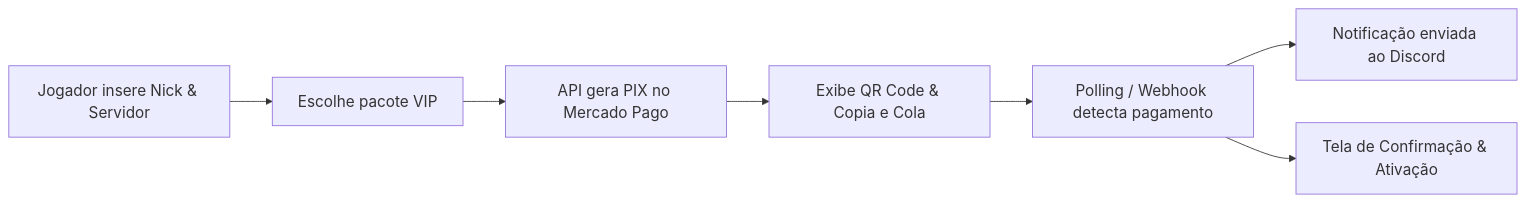
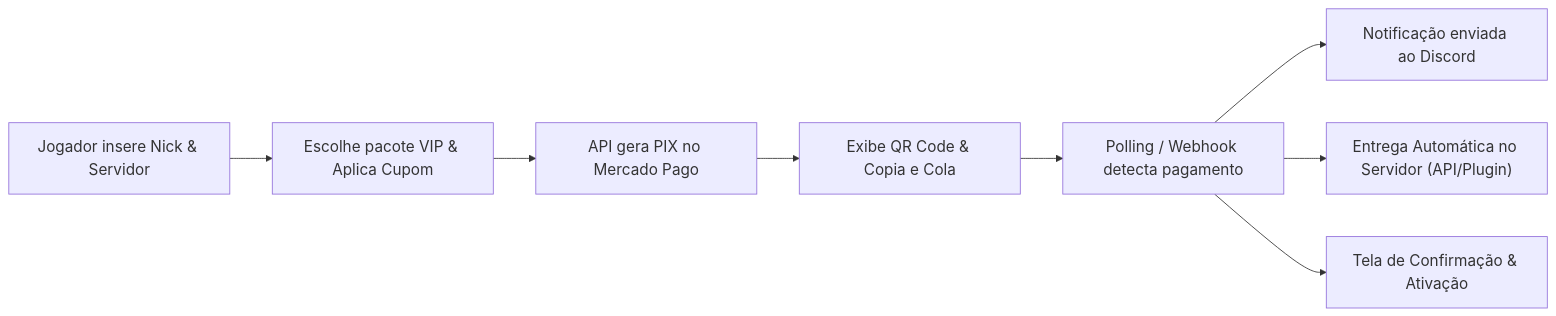
Before and after one commit to Thiagoalfs/RedeNerds: the diagram in README.md, drawn with Mermaid. The commit also changed other lines of this file, not shown here.

````diff
--- a/README.md
+++ b/README.md
@@ -67,10 +83,11 @@
 ```mermaid
 %%{init: {'themeVariables': {'fontSize': '18px'}}}%%
 flowchart LR
-    A["Jogador insere Nick & Servidor"] --> B["Escolhe pacote VIP"]
+    A["Jogador insere Nick & Servidor"] --> B["Escolhe pacote VIP & Aplica Cupom"]
     B --> C["API gera PIX no Mercado Pago"]
     C --> D["Exibe QR Code & Copia e Cola"]
     D --> E["Polling / Webhook detecta pagamento"]
     E --> F["Notificação enviada ao Discord"]
-    E --> G["Tela de Confirmação & Ativação"]
+    E --> G["Entrega Automática no Servidor (API/Plugin)"]
+    E --> H["Tela de Confirmação & Ativação"]
 ```
````
